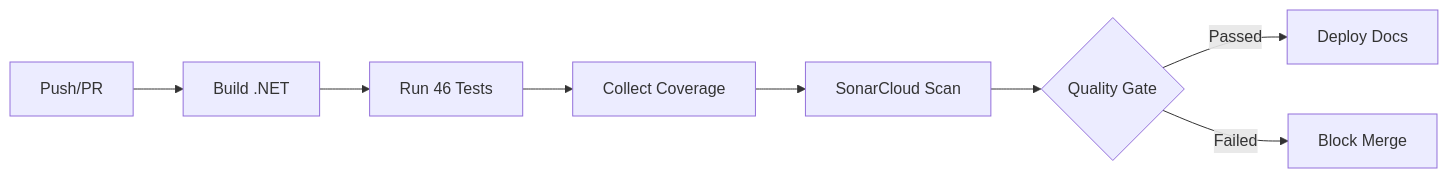
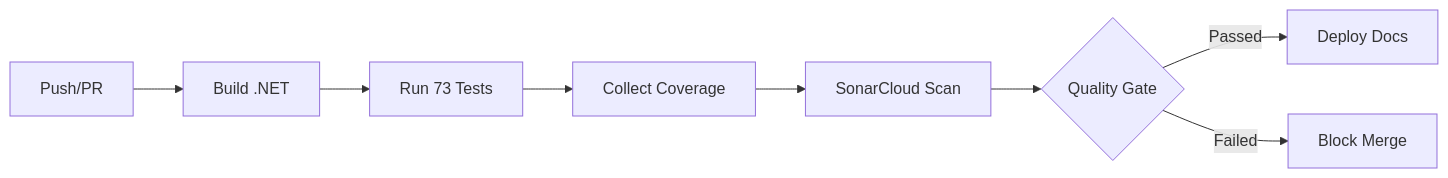
One commit to HugoRytlewski/AdvancedDevSampleFinal changed the first of 2 diagrams in docs/sonarcloud.md. Above: the diagram before and after it, drawn with Mermaid. The commit also changed other lines of this file and 9 other files, not shown here.

````diff
--- a/docs/sonarcloud.md
+++ b/docs/sonarcloud.md
@@ -58,10 +58,10 @@
 ```mermaid
 graph LR
     A[Push/PR] --> B[Build .NET]
-    B --> C[Run 46 Tests]
+    B --> C[Run 73 Tests]
     C --> D[Collect Coverage]
     D --> E[SonarCloud Scan]
     E --> F{Quality Gate}
     F -->|Passed| G[Deploy Docs]
     F -->|Failed| H[Block Merge]
 ```
````
